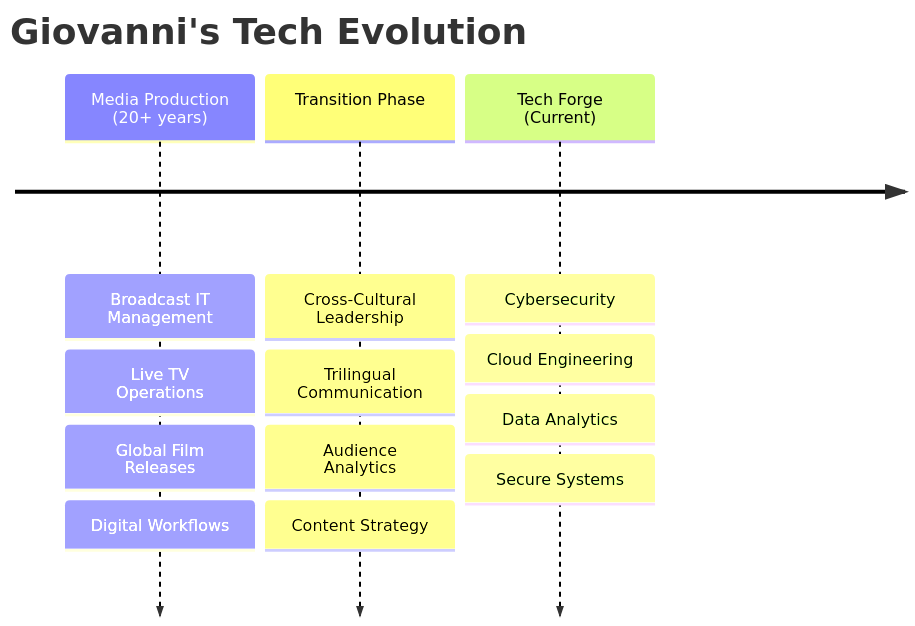
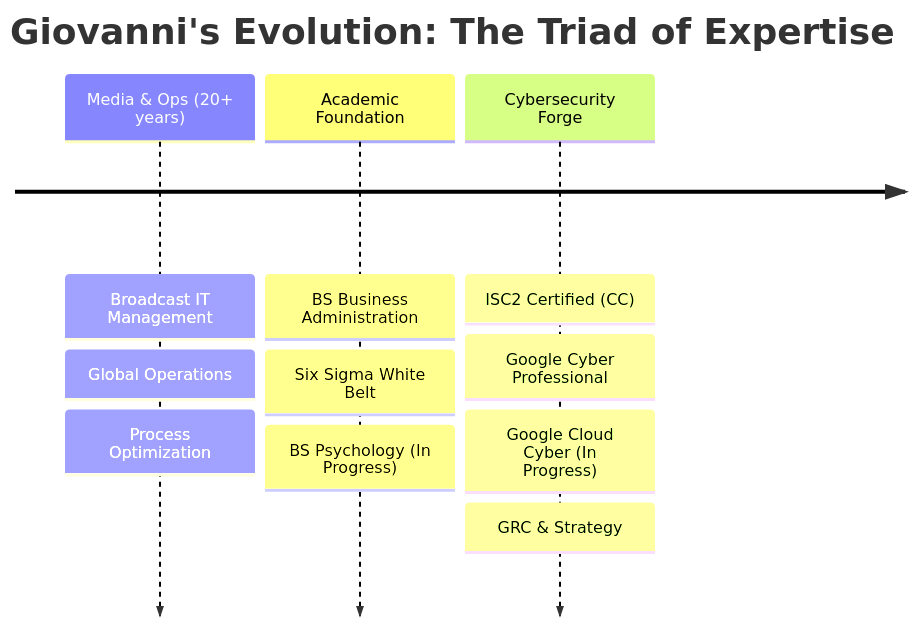
The diagram in README.md (Neckr0ik/Neckr0ik), drawn with Mermaid before and after one commit. The commit also changed other lines of this file and 17 other files, not shown here.

````diff
--- a/README.md
+++ b/README.md
@@ -45,19 +45,17 @@
 ```mermaid
 timeline
-    title Giovanni's Tech Evolution
+    title Giovanni's Evolution: The Triad of Expertise
     
-    Media Production (20+ years) : Broadcast IT Management
-                                 : Live TV Operations
-                                 : Global Film Releases
-                                 : Digital Workflows
+    Media & Ops (20+ years) : Broadcast IT Management
+                            : Global Operations
+                            : Process Optimization
     
-    Transition Phase : Cross-Cultural Leadership
-                     : Trilingual Communication
-                     : Audience Analytics
-                     : Content Strategy
+    Academic Foundation : BS Business Administration
+                        : Six Sigma White Belt
+                        : BS Psychology (In Progress)
     
-    Tech Forge (Current) : Cybersecurity
-                         : Cloud Engineering
-                         : Data Analytics
-                         : Secure Systems
+    Cybersecurity Forge : ISC2 Certified (CC)
+                        : Google Cyber Professional
+                        : Google Cloud Cyber (In Progress)
+                        : GRC & Strategy
 ```
````
